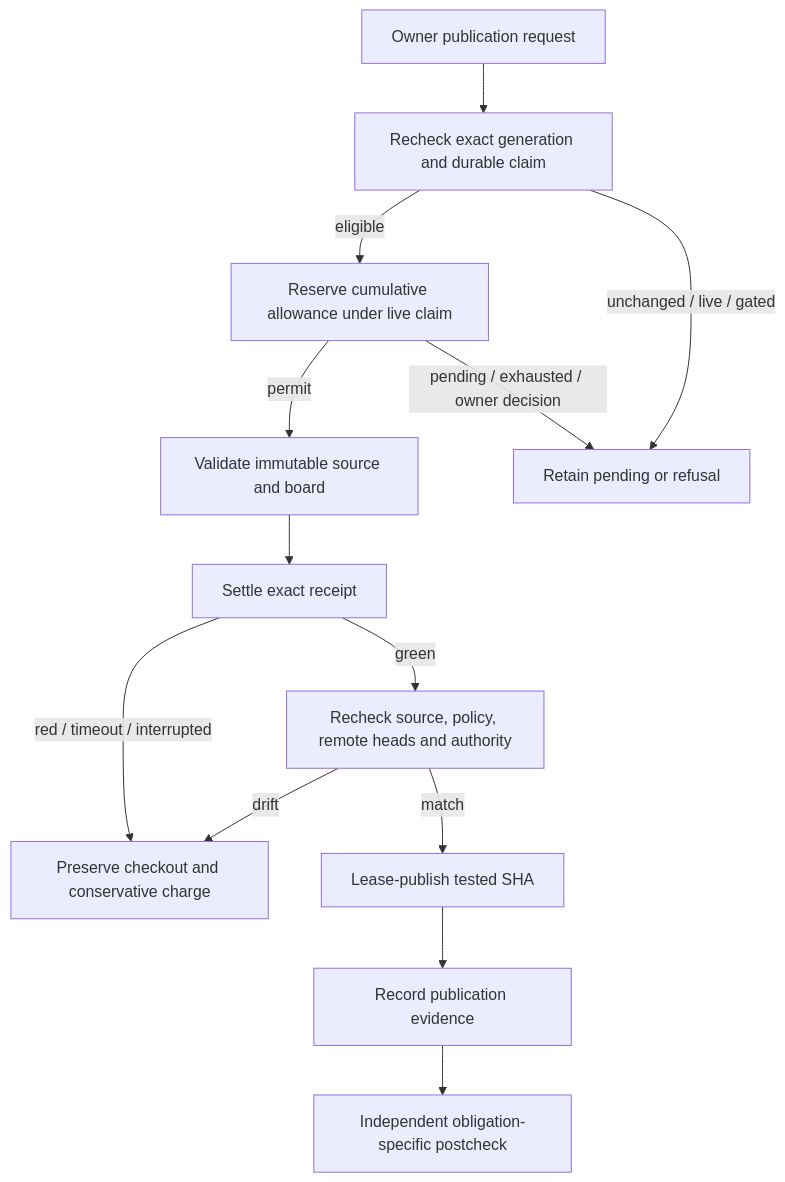
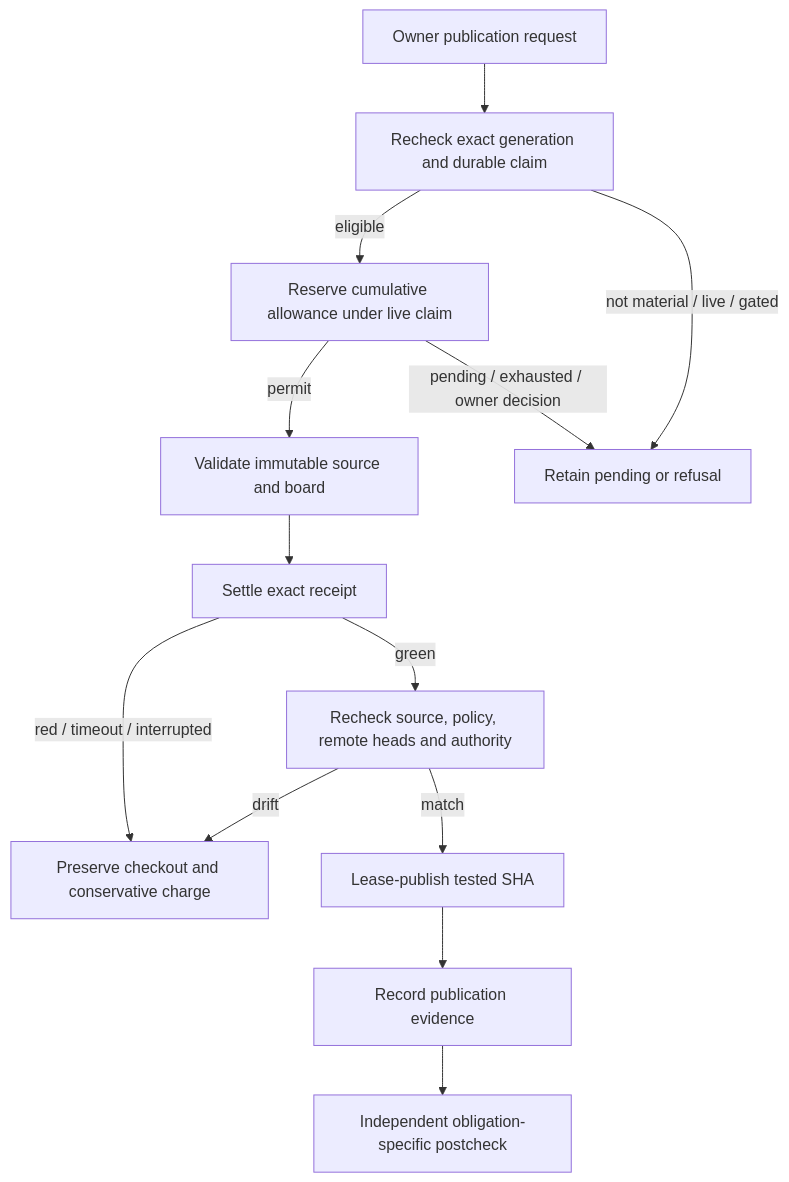
One commit to vincentc-b/CascadeCode changed the first of 4 diagrams in cascade/DESIGN.md. Above: the diagram before and after it, drawn with Mermaid. The commit also changed other lines of this file and 15 other files, not shown here.

````diff
--- a/cascade/DESIGN.md
+++ b/cascade/DESIGN.md
@@ -119,15 +139,15 @@
 ```mermaid
 flowchart TD
     Owner[Owner publication request] --> Generation[Recheck exact generation and durable claim]
     Generation -->|eligible| Budget[Reserve cumulative allowance under live claim]
     Budget -->|permit| Checks[Validate immutable source and board]
     Budget -->|pending / exhausted / owner decision| Pending[Retain pending or refusal]
-    Generation -->|unchanged / live / gated| Pending[Retain pending or refusal]
+    Generation -->|not material / live / gated| Pending[Retain pending or refusal]
     Checks --> Settle[Settle exact receipt]
     Settle -->|red / timeout / interrupted| Preserve[Preserve checkout and conservative charge]
     Settle -->|green| Recheck[Recheck source, policy, remote heads and authority]
     Recheck -->|match| Push[Lease-publish tested SHA]
     Recheck -->|drift| Preserve
     Push --> Receipt[Record publication evidence]
     Receipt --> Verify[Independent obligation-specific postcheck]
 ```
````
